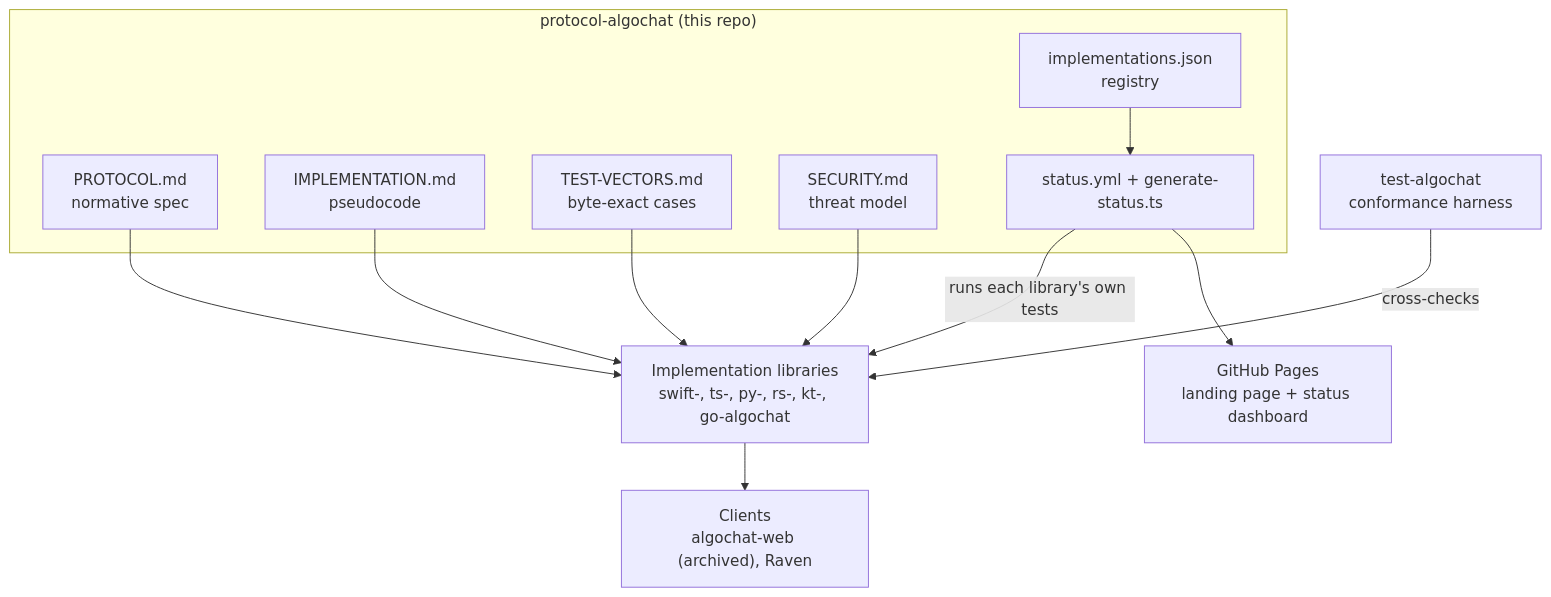
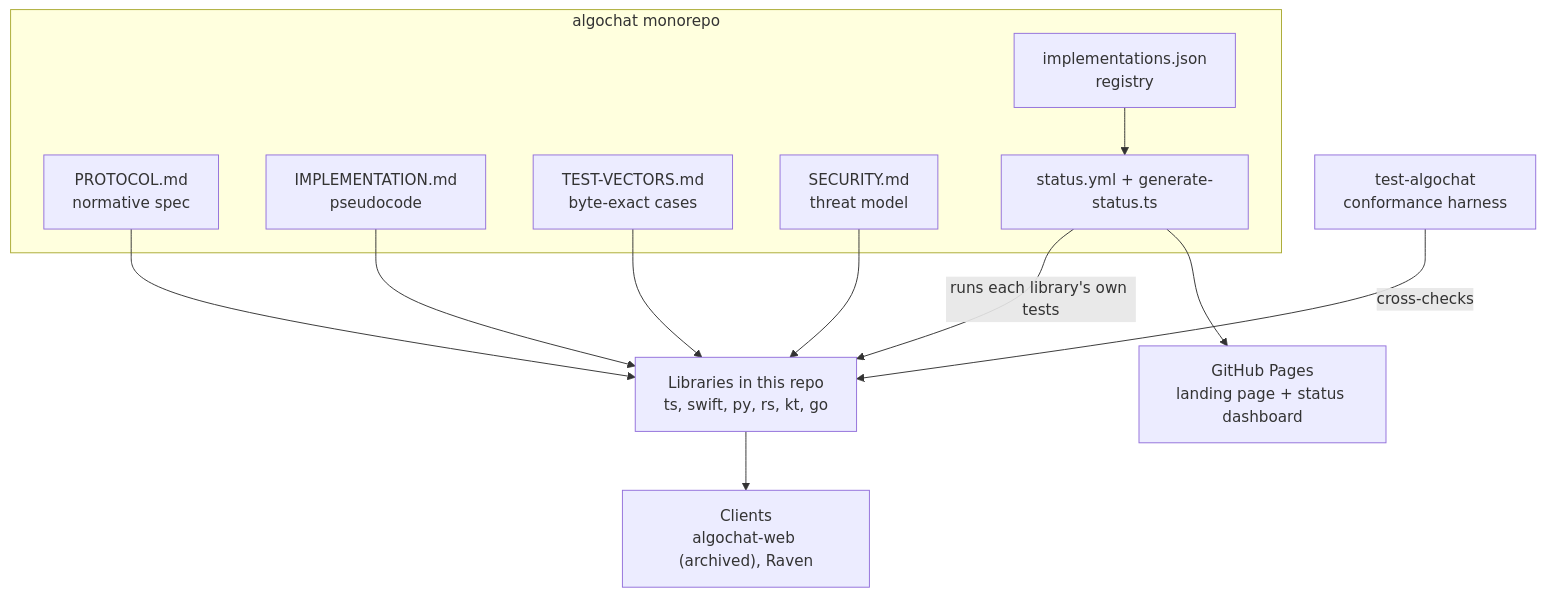
One commit to CorvidLabs/algochat changed the second of 15 diagrams in docs/HLD.md. Above: the diagram before and after it, drawn with Mermaid. The commit also changed other lines of this file and 207 other files, not shown here.

````diff
--- a/docs/HLD.md
+++ b/docs/HLD.md
@@ -62,24 +62,24 @@
 ```mermaid
 flowchart TB
-    subgraph repo["protocol-algochat (this repo)"]
+    subgraph repo["algochat monorepo"]
         SPEC["PROTOCOL.md<br/>normative spec"]
         GUIDE["IMPLEMENTATION.md<br/>pseudocode"]
         TV["TEST-VECTORS.md<br/>byte-exact cases"]
         SEC["SECURITY.md<br/>threat model"]
         REG["implementations.json<br/>registry"]
         STATUS["status.yml + generate-status.ts"]
     end
-    LIBS["Implementation libraries<br/>swift-, ts-, py-, rs-, kt-, go-algochat"]
+    LIBS["Libraries in this repo<br/>ts, swift, py, rs, kt, go"]
     HARNESS["test-algochat<br/>conformance harness"]
     CLIENTS["Clients<br/>algochat-web (archived), Raven"]
     PAGES["GitHub Pages<br/>landing page + status dashboard"]
     SPEC --> LIBS
     GUIDE --> LIBS
     TV --> LIBS
     SEC --> LIBS
     HARNESS -- "cross-checks" --> LIBS
     LIBS --> CLIENTS
     REG --> STATUS
     STATUS -- "runs each library's own tests" --> LIBS
     STATUS --> PAGES
 ```
````
